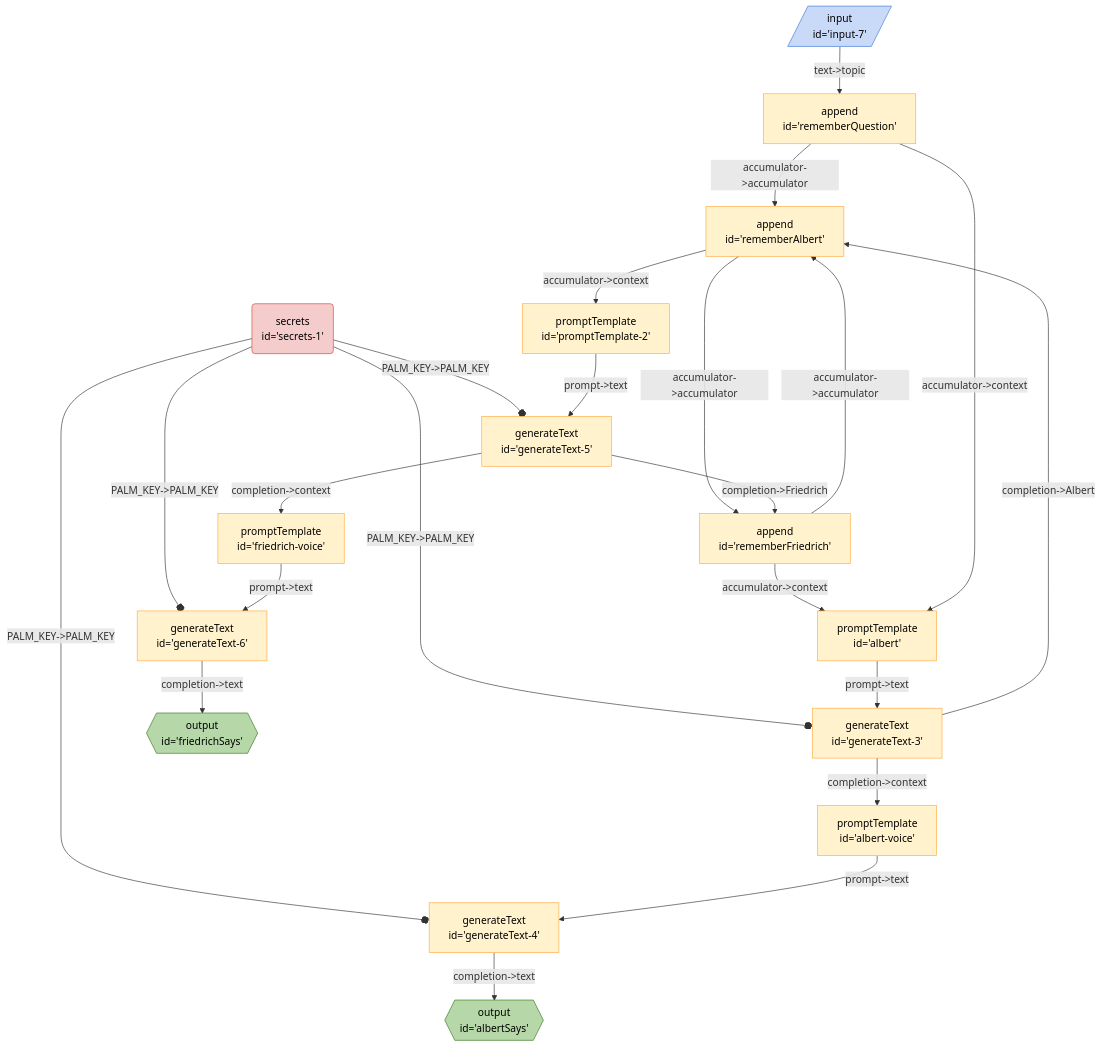
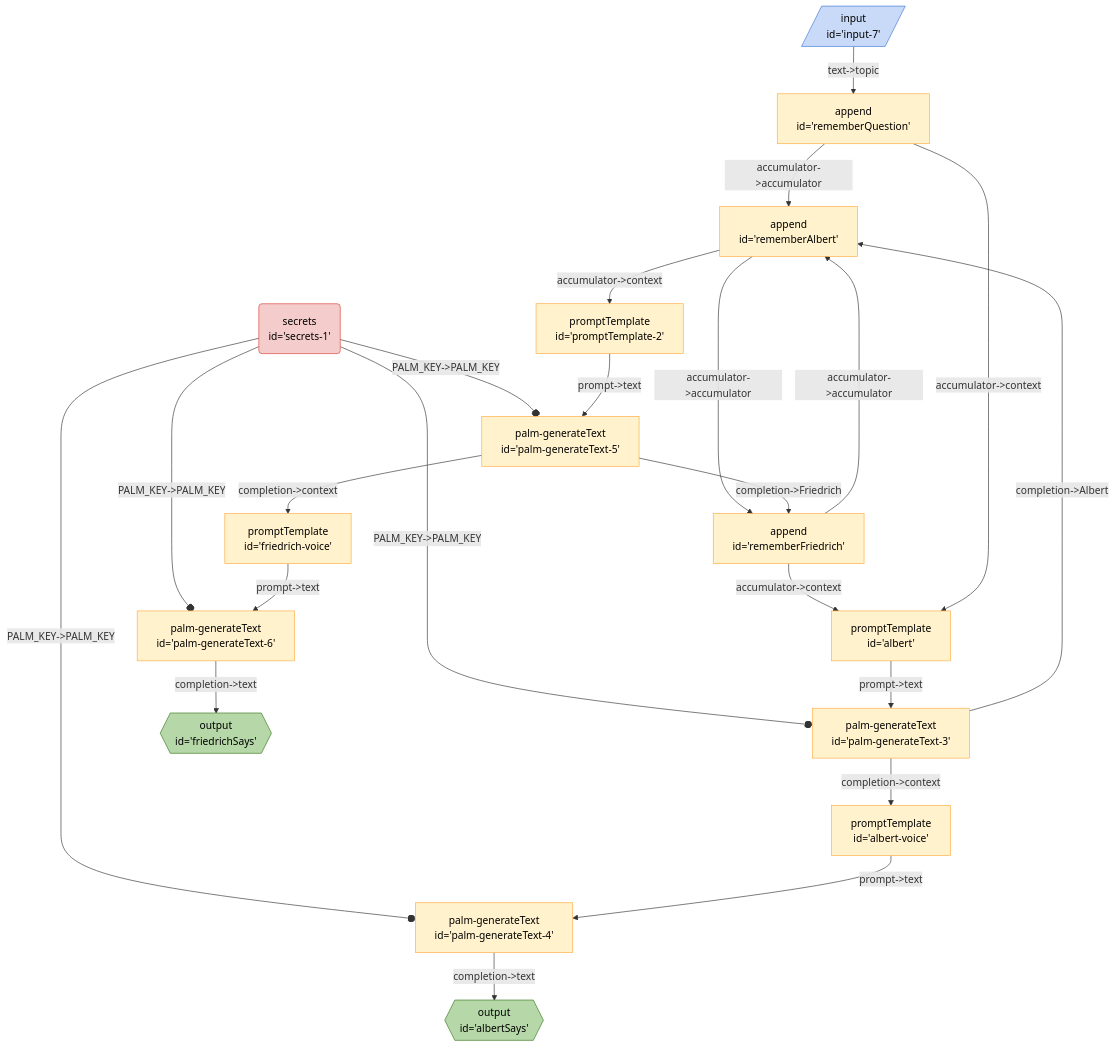
Before and after one commit to breadboard-ai/breadboard: the diagram in seeds/graph-playground/docs/graphs/endless-debate-with-voice.md, drawn with Mermaid. The commit also changed 55 other files, not shown here.

````diff
--- a/seeds/graph-playground/docs/graphs/endless-debate-with-voice.md
+++ b/seeds/graph-playground/docs/graphs/endless-debate-with-voice.md
@@ -5,33 +5,33 @@
   ```mermaid
   %%{init: 'themeVariables': { 'fontFamily': 'Fira Code, monospace' }}%%
 graph TD;
 rememberQuestion["append <br> id='rememberQuestion'"] -- "accumulator->accumulator" --> rememberAlbert["append <br> id='rememberAlbert'"]
 rememberAlbert["append <br> id='rememberAlbert'"] -- "accumulator->accumulator" --> rememberFriedrich["append <br> id='rememberFriedrich'"]
 rememberFriedrich["append <br> id='rememberFriedrich'"] -- "accumulator->accumulator" --> rememberAlbert["append <br> id='rememberAlbert'"]
 rememberAlbert["append <br> id='rememberAlbert'"] -- "accumulator->context" --> promptTemplate2["promptTemplate <br> id='promptTemplate-2'"]
-generateText3["generateText <br> id='generateText-3'"] -- "completion->Albert" --> rememberAlbert["append <br> id='rememberAlbert'"]
-secrets1("secrets <br> id='secrets-1'"):::secrets -- "PALM_KEY->PALM_KEY" --o generateText4["generateText <br> id='generateText-4'"]
-generateText4["generateText <br> id='generateText-4'"] -- "completion->text" --> albertSays{{"output <br> id='albertSays'"}}:::output
-albertvoice["promptTemplate <br> id='albert-voice'"] -- "prompt->text" --> generateText4["generateText <br> id='generateText-4'"]
-generateText3["generateText <br> id='generateText-3'"] -- "completion->context" --> albertvoice["promptTemplate <br> id='albert-voice'"]
-secrets1("secrets <br> id='secrets-1'"):::secrets -- "PALM_KEY->PALM_KEY" --o generateText3["generateText <br> id='generateText-3'"]
-albert["promptTemplate <br> id='albert'"] -- "prompt->text" --> generateText3["generateText <br> id='generateText-3'"]
+palmgenerateText3["palm-generateText <br> id='palm-generateText-3'"] -- "completion->Albert" --> rememberAlbert["append <br> id='rememberAlbert'"]
+secrets1("secrets <br> id='secrets-1'"):::secrets -- "PALM_KEY->PALM_KEY" --o palmgenerateText4["palm-generateText <br> id='palm-generateText-4'"]
+palmgenerateText4["palm-generateText <br> id='palm-generateText-4'"] -- "completion->text" --> albertSays{{"output <br> id='albertSays'"}}:::output
+albertvoice["promptTemplate <br> id='albert-voice'"] -- "prompt->text" --> palmgenerateText4["palm-generateText <br> id='palm-generateText-4'"]
+palmgenerateText3["palm-generateText <br> id='palm-generateText-3'"] -- "completion->context" --> albertvoice["promptTemplate <br> id='albert-voice'"]
+secrets1("secrets <br> id='secrets-1'"):::secrets -- "PALM_KEY->PALM_KEY" --o palmgenerateText3["palm-generateText <br> id='palm-generateText-3'"]
+albert["promptTemplate <br> id='albert'"] -- "prompt->text" --> palmgenerateText3["palm-generateText <br> id='palm-generateText-3'"]
 rememberFriedrich["append <br> id='rememberFriedrich'"] -- "accumulator->context" --> albert["promptTemplate <br> id='albert'"]
-generateText5["generateText <br> id='generateText-5'"] -- "completion->Friedrich" --> rememberFriedrich["append <br> id='rememberFriedrich'"]
-secrets1("secrets <br> id='secrets-1'"):::secrets -- "PALM_KEY->PALM_KEY" --o generateText6["generateText <br> id='generateText-6'"]
-generateText6["generateText <br> id='generateText-6'"] -- "completion->text" --> friedrichSays{{"output <br> id='friedrichSays'"}}:::output
-friedrichvoice["promptTemplate <br> id='friedrich-voice'"] -- "prompt->text" --> generateText6["generateText <br> id='generateText-6'"]
-generateText5["generateText <br> id='generateText-5'"] -- "completion->context" --> friedrichvoice["promptTemplate <br> id='friedrich-voice'"]
-secrets1("secrets <br> id='secrets-1'"):::secrets -- "PALM_KEY->PALM_KEY" --o generateText5["generateText <br> id='generateText-5'"]
-promptTemplate2["promptTemplate <br> id='promptTemplate-2'"] -- "prompt->text" --> generateText5["generateText <br> id='generateText-5'"]
+palmgenerateText5["palm-generateText <br> id='palm-generateText-5'"] -- "completion->Friedrich" --> rememberFriedrich["append <br> id='rememberFriedrich'"]
+secrets1("secrets <br> id='secrets-1'"):::secrets -- "PALM_KEY->PALM_KEY" --o palmgenerateText6["palm-generateText <br> id='palm-generateText-6'"]
+palmgenerateText6["palm-generateText <br> id='palm-generateText-6'"] -- "completion->text" --> friedrichSays{{"output <br> id='friedrichSays'"}}:::output
+friedrichvoice["promptTemplate <br> id='friedrich-voice'"] -- "prompt->text" --> palmgenerateText6["palm-generateText <br> id='palm-generateText-6'"]
+palmgenerateText5["palm-generateText <br> id='palm-generateText-5'"] -- "completion->context" --> friedrichvoice["promptTemplate <br> id='friedrich-voice'"]
+secrets1("secrets <br> id='secrets-1'"):::secrets -- "PALM_KEY->PALM_KEY" --o palmgenerateText5["palm-generateText <br> id='palm-generateText-5'"]
+promptTemplate2["promptTemplate <br> id='promptTemplate-2'"] -- "prompt->text" --> palmgenerateText5["palm-generateText <br> id='palm-generateText-5'"]
 rememberQuestion["append <br> id='rememberQuestion'"] -- "accumulator->context" --> albert["promptTemplate <br> id='albert'"]
 input7[/"input <br> id='input-7'"/]:::input -- "text->topic" --> rememberQuestion["append <br> id='rememberQuestion'"]
 classDef default stroke:#ffab40,fill:#fff2ccff,color:#000
 classDef input stroke:#3c78d8,fill:#c9daf8ff,color:#000
 classDef output stroke:#38761d,fill:#b6d7a8ff,color:#000
 classDef passthrough stroke:#a64d79,fill:#ead1dcff,color:#000
 classDef slot stroke:#a64d79,fill:#ead1dcff,color:#000
 classDef config stroke:#a64d79,fill:#ead1dcff,color:#000
 classDef secrets stroke:#db4437,fill:#f4cccc,color:#000
 classDef slotted stroke:#a64d79
   ```
````
